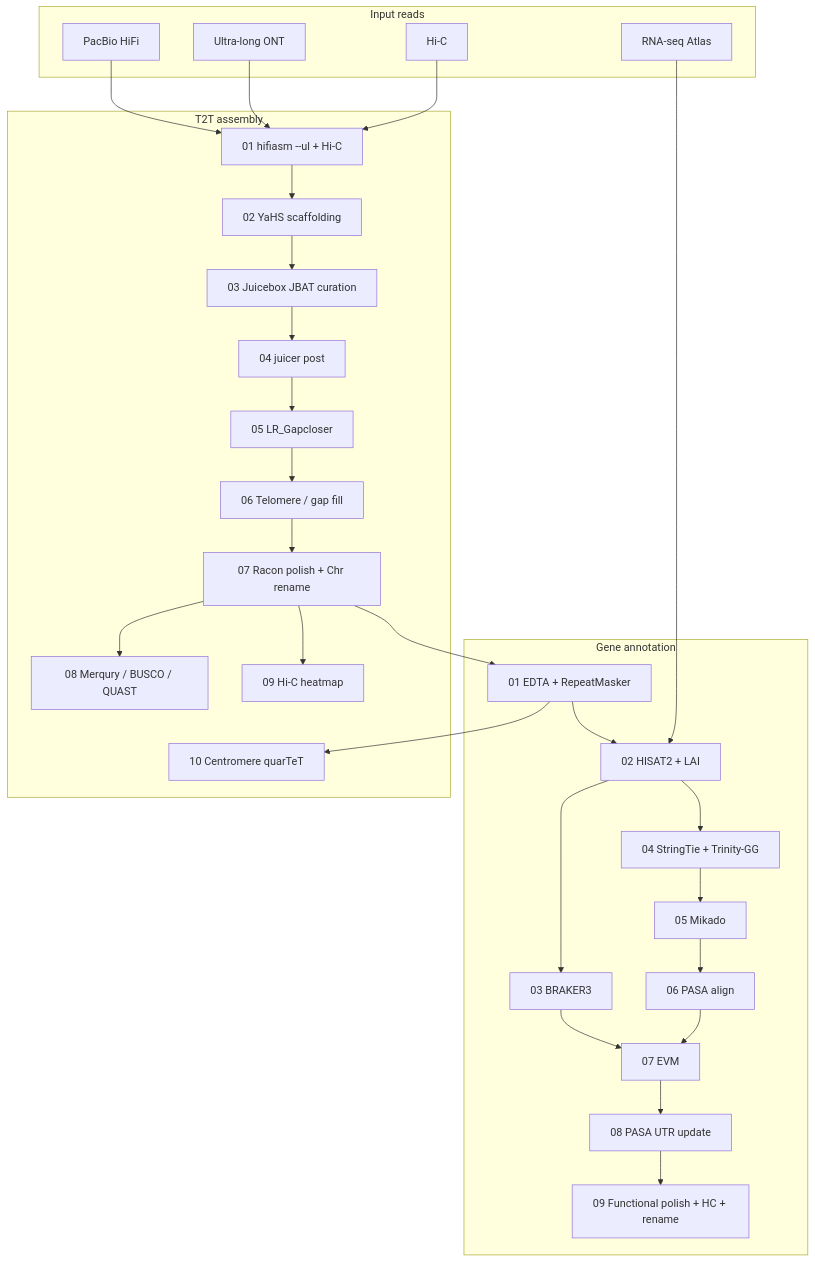
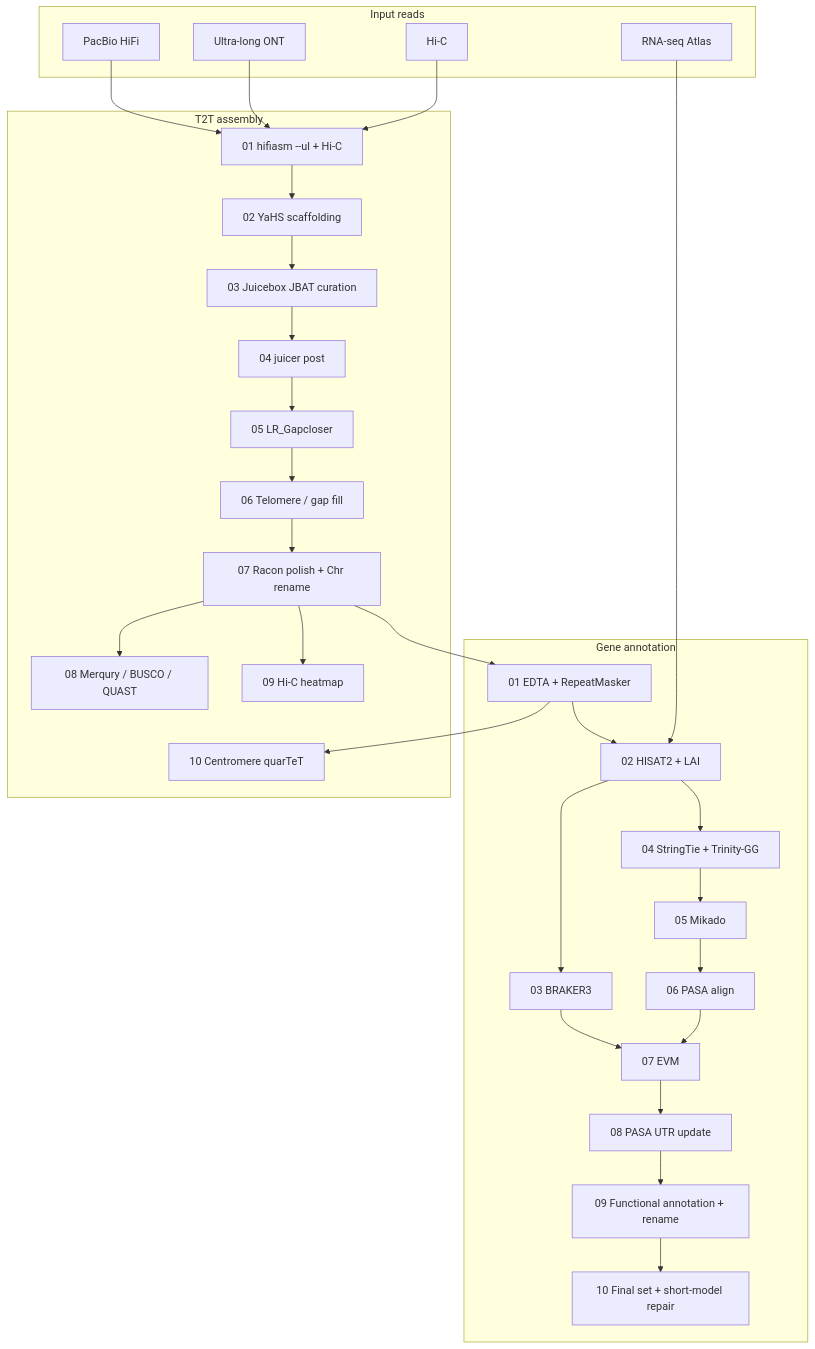
Before and after one commit to sibs-zz/soybean_assembly_annotation: the diagram in README.md, drawn with Mermaid. The commit also changed other lines of this file and 1 other file, not shown here.

First line of the commit message:
Show step 10 in the overview flow as the submitted gene set.

````diff
--- a/README.md
+++ b/README.md
@@ -13,46 +13,47 @@
 ```mermaid
 flowchart TD
   subgraph reads["Input reads"]
     HiFi["PacBio HiFi"]
     ONT["Ultra-long ONT"]
     HiC["Hi-C"]
     RNA["RNA-seq Atlas"]
   end
 
   subgraph asm["T2T assembly"]
     A01["01 hifiasm --ul + Hi-C"]
     A02["02 YaHS scaffolding"]
     A03["03 Juicebox JBAT curation"]
     A04["04 juicer post"]
     A05["05 LR_Gapcloser"]
     A06["06 Telomere / gap fill"]
     A07["07 Racon polish + Chr rename"]
     A08["08 Merqury / BUSCO / QUAST"]
     A09["09 Hi-C heatmap"]
     A10["10 Centromere quarTeT"]
   end
 
   subgraph ann["Gene annotation"]
     N01["01 EDTA + RepeatMasker"]
     N02["02 HISAT2 + LAI"]
     N03["03 BRAKER3"]
     N04["04 StringTie + Trinity-GG"]
     N05["05 Mikado"]
     N06["06 PASA align"]
     N07["07 EVM"]
     N08["08 PASA UTR update"]
-    N09["09 Functional polish + HC + rename"]
+    N09["09 Functional annotation + rename"]
+    N10["10 Final set + short-model repair"]
   end
 
   HiFi --> A01
   ONT --> A01
   HiC --> A01
   A01 --> A02 --> A03 --> A04 --> A05 --> A06 --> A07
   A07 --> A08
   A07 --> A09
   N01 --> A10
   A07 --> N01 --> N02 --> N03
   RNA --> N02
-  N02 --> N04 --> N05 --> N06 --> N07 --> N08 --> N09
+  N02 --> N04 --> N05 --> N06 --> N07 --> N08 --> N09 --> N10
   N03 --> N07
 ```
````
